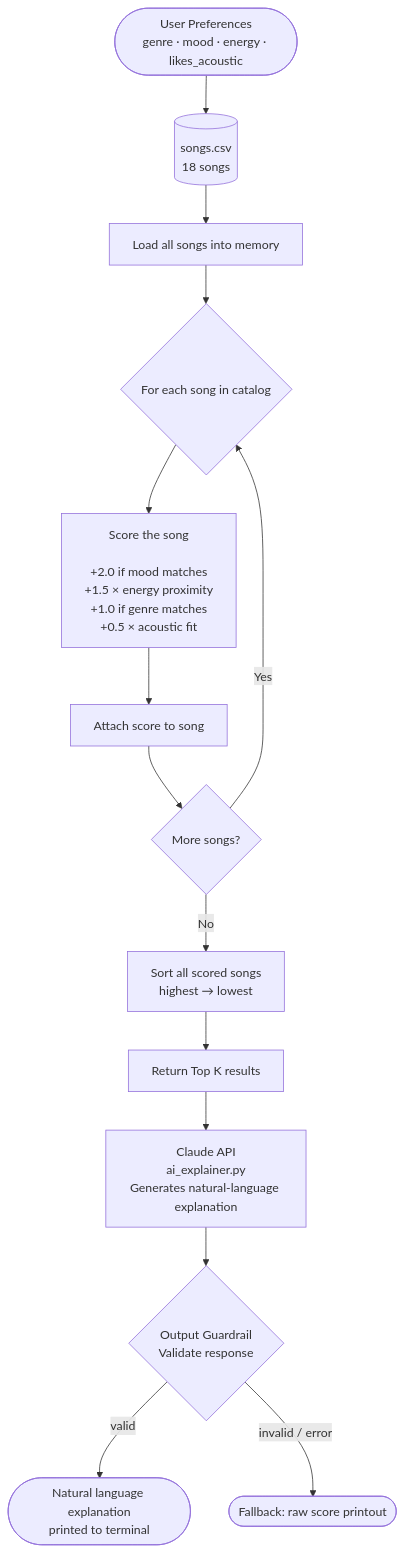
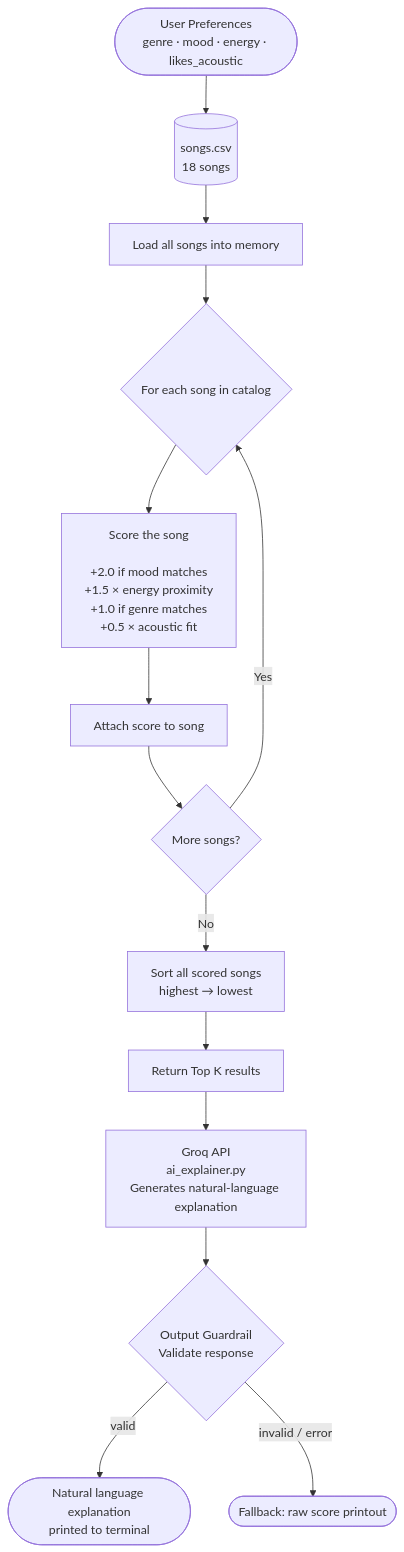
The diagram in README.md (wasiqmadina/applied-ai-system-final), drawn with Mermaid before and after one commit. The commit also changed 2 other files, not shown here.

Commit message:
add AI explanation layer, guardrail, test harness, and updated README

````diff
--- a/README.md
+++ b/README.md
@@ -57,30 +57,30 @@
 ```mermaid
 flowchart TD
     A([User Preferences\ngenre · mood · energy · likes_acoustic]) --> B
 
     B[(songs.csv\n18 songs)] --> C
 
     C[Load all songs into memory] --> D
 
     D{For each song in catalog} --> E
 
     E[Score the song\n\n+2.0 if mood matches\n+1.5 × energy proximity\n+1.0 if genre matches\n+0.5 × acoustic fit] --> F
 
     F[Attach score to song] --> G
 
     G{More songs?}
     G -- Yes --> D
     G -- No --> H
 
     H[Sort all scored songs\nhighest → lowest] --> I
 
     I[Return Top K results] --> J
 
-    J[Claude API\nai_explainer.py\nGenerates natural-language explanation] --> K
+    J[Groq API\nai_explainer.py\nGenerates natural-language explanation] --> K
 
     K{Output Guardrail\nValidate response} -- valid --> L
     K -- invalid / error --> M
 
     L([Natural language explanation\nprinted to terminal])
     M([Fallback: raw score printout])
 ```
````
